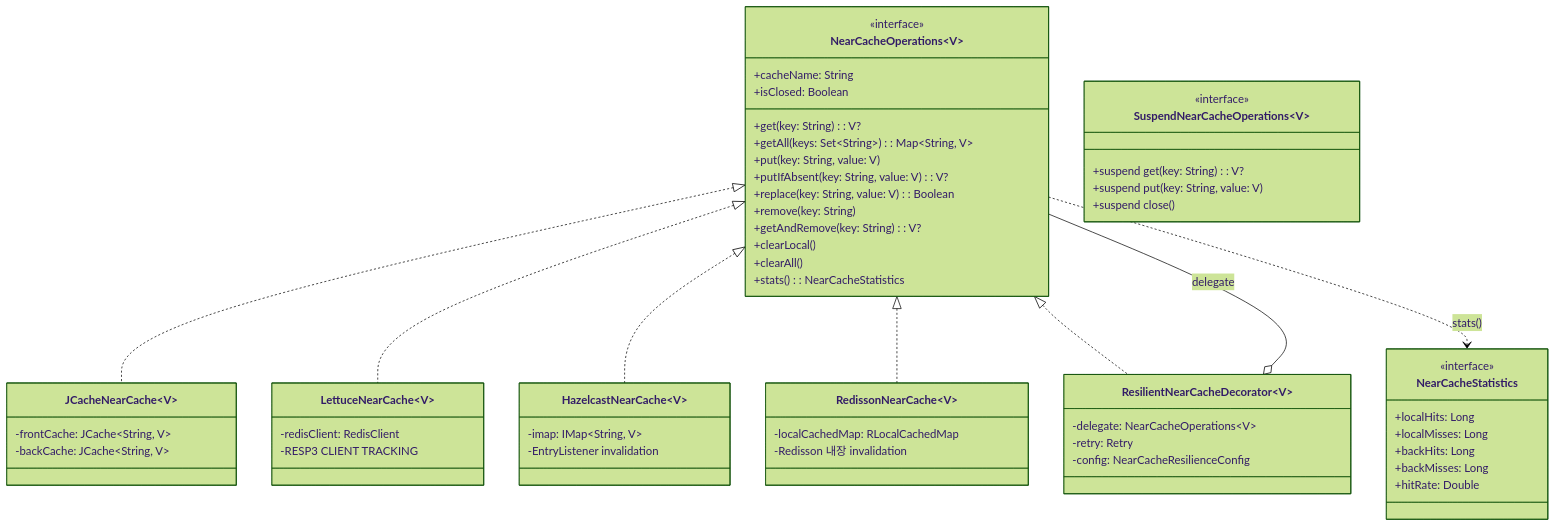
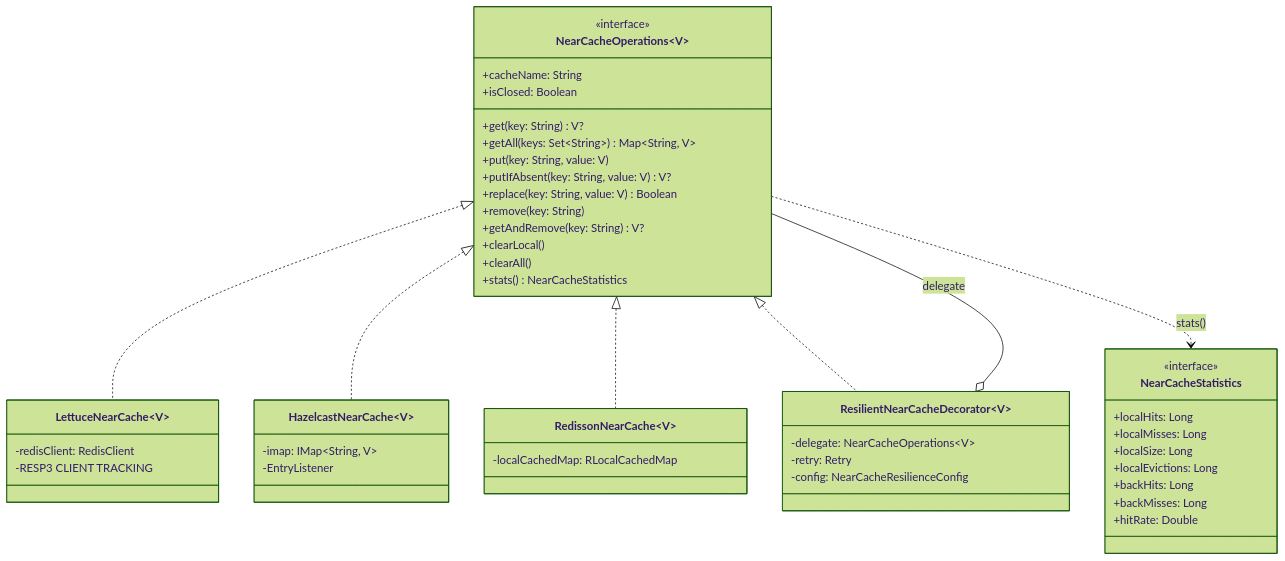
One commit to bluetape4k/bluetape4k-projects changed the first of 3 diagrams in infra/cache-core/README.md. Above: the diagram before and after it, drawn with Mermaid (forest theme). The commit also changed other lines of this file and 15 other files, not shown here.

First line of the commit message:
refactor: JCache NearCache를 nearcache.jcache 서브패키지로 이동

````diff
--- a/infra/cache-core/README.md
+++ b/infra/cache-core/README.md
@@ -38,68 +40,56 @@
 ```mermaid
 classDiagram
     class NearCacheOperations~V~ {
         <<interface>>
         +cacheName: String
         +isClosed: Boolean
-        +get(key: String): V?
-        +getAll(keys: Set~String~): Map~String, V~
+        +get(key: String) V?
+        +getAll(keys: Set~String~) Map~String, V~
         +put(key: String, value: V)
-        +putIfAbsent(key: String, value: V): V?
-        +replace(key: String, value: V): Boolean
+        +putIfAbsent(key: String, value: V) V?
+        +replace(key: String, value: V) Boolean
         +remove(key: String)
-        +getAndRemove(key: String): V?
+        +getAndRemove(key: String) V?
         +clearLocal()
         +clearAll()
-        +stats(): NearCacheStatistics
-    }
-
-    class SuspendNearCacheOperations~V~ {
-        <<interface>>
-        +suspend get(key: String): V?
-        +suspend put(key: String, value: V)
-        +suspend close()
+        +stats() NearCacheStatistics
     }
 
     class NearCacheStatistics {
         <<interface>>
         +localHits: Long
         +localMisses: Long
+        +localSize: Long
+        +localEvictions: Long
         +backHits: Long
         +backMisses: Long
         +hitRate: Double
     }
 
     class ResilientNearCacheDecorator~V~ {
         -delegate: NearCacheOperations~V~
         -retry: Retry
         -config: NearCacheResilienceConfig
     }
 
-    class JCacheNearCache~V~ {
-        -frontCache: JCache~String, V~
-        -backCache: JCache~String, V~
-    }
-
     class LettuceNearCache~V~ {
         -redisClient: RedisClient
         -RESP3 CLIENT TRACKING
     }
 
     class HazelcastNearCache~V~ {
         -imap: IMap~String, V~
-        -EntryListener invalidation
+        -EntryListener
     }
 
     class RedissonNearCache~V~ {
         -localCachedMap: RLocalCachedMap
-        -Redisson 내장 invalidation
     }
 
-    NearCacheOperations <|.. JCacheNearCache
     NearCacheOperations <|.. LettuceNearCache
     NearCacheOperations <|.. HazelcastNearCache
     NearCacheOperations <|.. RedissonNearCache
     NearCacheOperations <|.. ResilientNearCacheDecorator
     NearCacheOperations --o ResilientNearCacheDecorator : delegate
     NearCacheOperations ..> NearCacheStatistics : stats()
 ```
````
